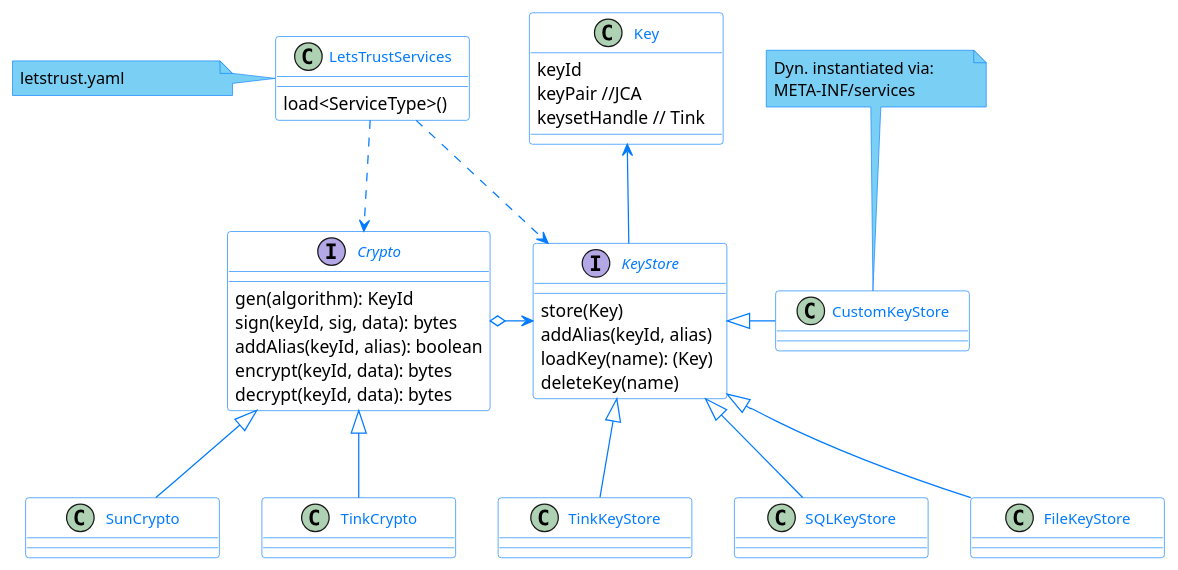
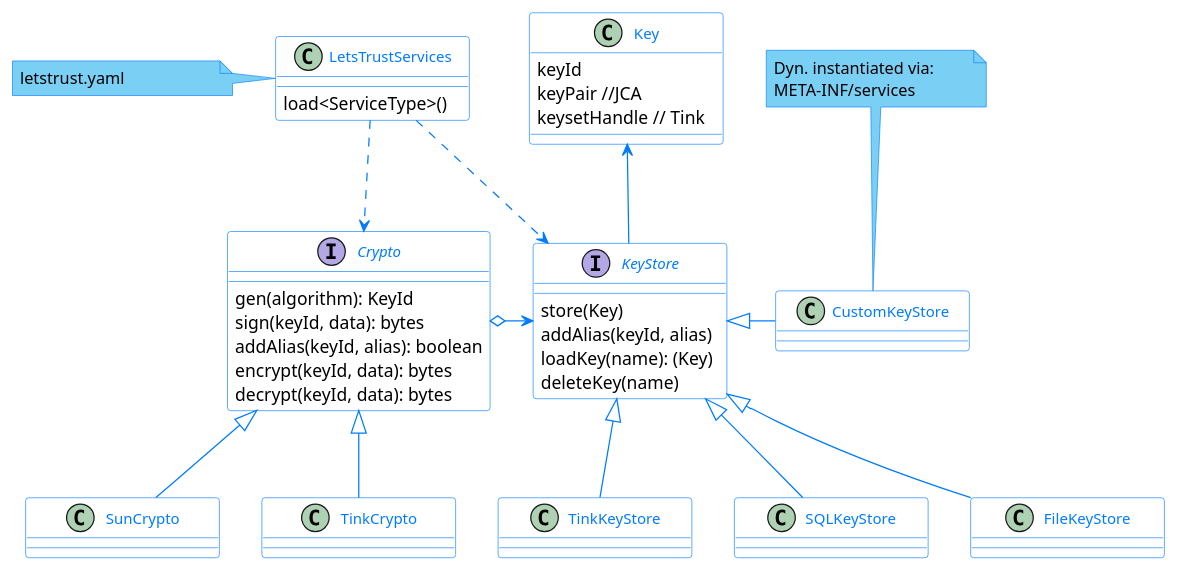
Before and after one commit to walt-id/waltid-ssikit: the diagram in docs/architecture-crypto-and-keymanagement.puml, drawn with PlantUML. The commit also changed 4 other files, not shown here.

```diff
--- a/docs/architecture-crypto-and-keymanagement.puml
+++ b/docs/architecture-crypto-and-keymanagement.puml
@@ -1,90 +1,90 @@
 @startuml
 'https://plantuml.com/class-diagram
 
 skinparam classFontColor 007BFF
 skinparam classFontSize 12
 skinparam classFontName Aapex
 skinparam backgroundColor white
 skinparam minClassWidth 155
 skinparam nodesep 34
 skinparam ranksep 70
 
 skinparam class {
 BorderColor 007BFF
 ArrowColor 007BFF
 BackgroundColor white
 }
 
 skinparam interface {
 BorderColor 007BFF
 ArrowColor 007BFF
 }
 
 skinparam note {
 BorderColor 007BFF
 BackgroundColor 7ACFF5
 }
 
 note as ConfNote
   letstrust.yaml
 end note
 
 class LetsTrustServices {
 load<ServiceType>()
 }
 
 ConfNote -right- LetsTrustServices
 
 LetsTrustServices ..> Crypto
 LetsTrustServices ..> KeyStore
 
 interface Crypto  {
 gen(algorithm): KeyId
-sign(keyId, sig, data): bytes
+sign(keyId, data): bytes
 addAlias(keyId, alias): boolean
 encrypt(keyId, data): bytes
 decrypt(keyId, data): bytes
 }
 
 interface KeyStore {
 store(Key)
 addAlias(keyId, alias)
 loadKey(name): (Key)
 deleteKey(name)
 }
 
 class Key {
 keyId
 keyPair //JCA
 keysetHandle // Tink
 }
 
 KeyStore -up-> Key
 
 class SQLKeyStore  {}
 class FileKeyStore  {}
 class TinkKeyStore  {}
 class CustomKeyStore  {}
 
 note as CustomKeyStoreNote
   Dyn. instantiated via:
   META-INF/services
 end note
 
 CustomKeyStoreNote --> CustomKeyStore
 
 KeyStore <|-right- CustomKeyStore
 KeyStore <|-- SQLKeyStore
 KeyStore <|-- FileKeyStore
 KeyStore <|-- TinkKeyStore
 
 
 Crypto <|-- SunCrypto
 Crypto <|-- TinkCrypto
 
 Crypto o-right-> KeyStore
 
 
 
 
 @enduml
```
